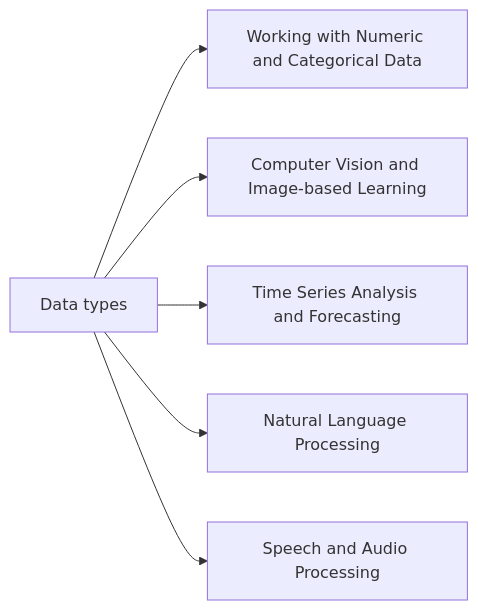
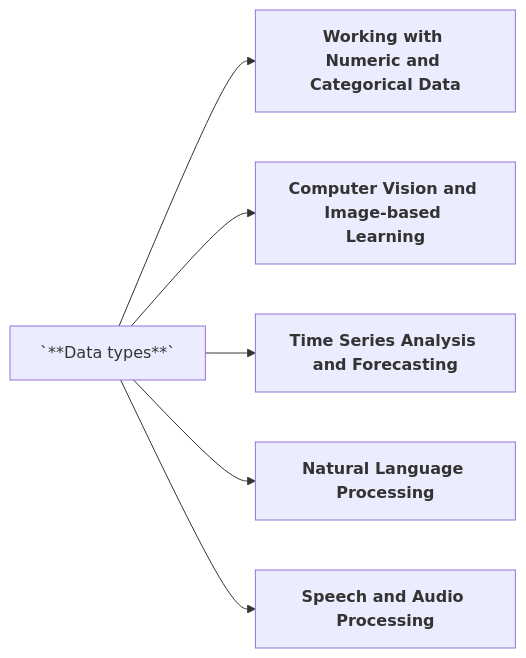
One commit to ua-datalab/ua-datalab.github.io changed the diagram in docs/mlpaths.md. Above: the diagram before and after it, drawn with Mermaid. The commit also changed 5 other files, not shown here.

````diff
--- a/docs/mlpaths.md
+++ b/docs/mlpaths.md
@@ -6,8 +6,14 @@
 ```mermaid
   flowchart LR;
-      A@{shape:processes, label: "Data types"}-->B[Working with Numeric and Categorical Data];
-      A-->C[Computer Vision and Image-based Learning];
-      A-->D[Time Series Analysis and Forecasting];
-      A-->E[Natural Language Processing];
-      A-->F[Speech and Audio Processing];
+      A@{shape:processes, label: "`**Data types**`"}-->B["`**Working with Numeric and Categorical Data**`"];
+      A-->C["`**Computer Vision and Image-based Learning**`"];
+      A-->D["`**Time Series Analysis and Forecasting**`"];
+      A-->E["`**Natural Language Processing**`"];
+      A-->F["`**Speech and Audio Processing**`"];
+      click B href "paths/numeric.md" "Open this in a new tab" _blank
+      click C href "paths/images.md" "Open this in a new tab" _blank
+      click D href "paths/tseries.md" "Open this in a new tab" _blank
+      click E href "paths/nlp.md" "Open this in a new tab" _blank
+      click F href "paths/speech.md" "Open this in a new tab" _blank
+
 ```
````
